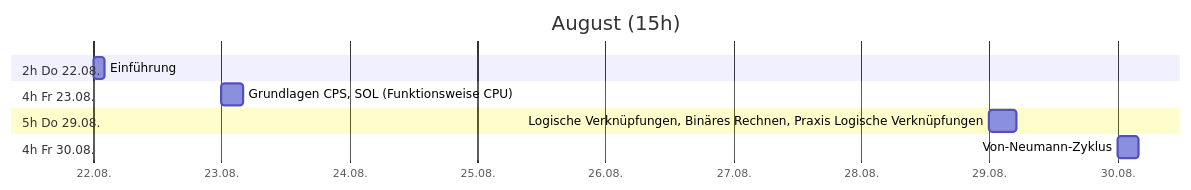
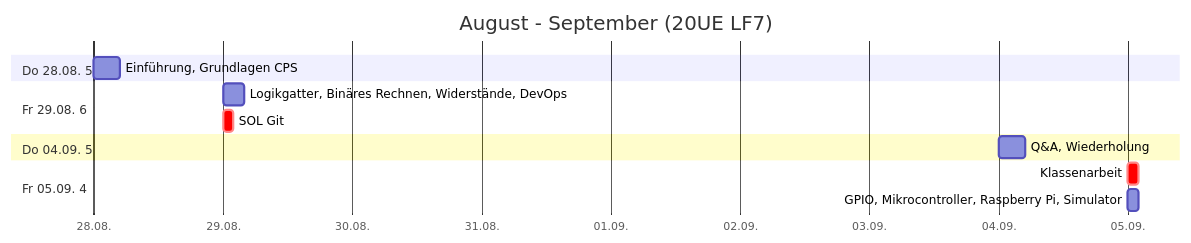
One commit to jonasnemeth/LF7 changed the first of 6 diagrams in src/plan.md. Above: the diagram before and after it, drawn with Mermaid. The commit also changed other lines of this file and 6 other files, not shown here.

````diff
--- a/src/plan.md
+++ b/src/plan.md
@@ -5,14 +5,16 @@
 ```mermaid
 gantt
- title August (15h)
+ title August - September (20UE LF7)
  dateFormat YYYY-MM-DD
  axisFormat %d.%m.
- section 2h Do 22.08.
-  Einführung                  :2024-08-22, 2h
- section 4h Fr 23.08.
-  Grundlagen CPS, SOL (Funktionsweise CPU)  :2024-08-23, 4h
- section 5h Do 29.08.
-  Logische Verknüpfungen, Binäres Rechnen, Praxis Logische Verknüpfungen  :2024-08-29, 5h
- section 4h Fr 30.08.
-  Von-Neumann-Zyklus          :2024-08-30, 4h
+ section Do 28.08. 5
+  Einführung, Grundlagen CPS  :2025-08-28, 5h
+ section Fr 29.08. 6
+  Logikgatter, Binäres Rechnen, Widerstände, DevOps  :2025-08-29, 4h
+  SOL Git                     :crit, 2025-08-29, 2h
+ section Do 04.09. 5
+  Q&A, Wiederholung           :2025-09-04, 5h
+ section Fr 05.09. 4
+  Klassenarbeit               :crit, 2025-09-05, 2h
+  GPIO, Mikrocontroller, Raspberry Pi, Simulator  :2025-09-05, 2h
 ```
````
